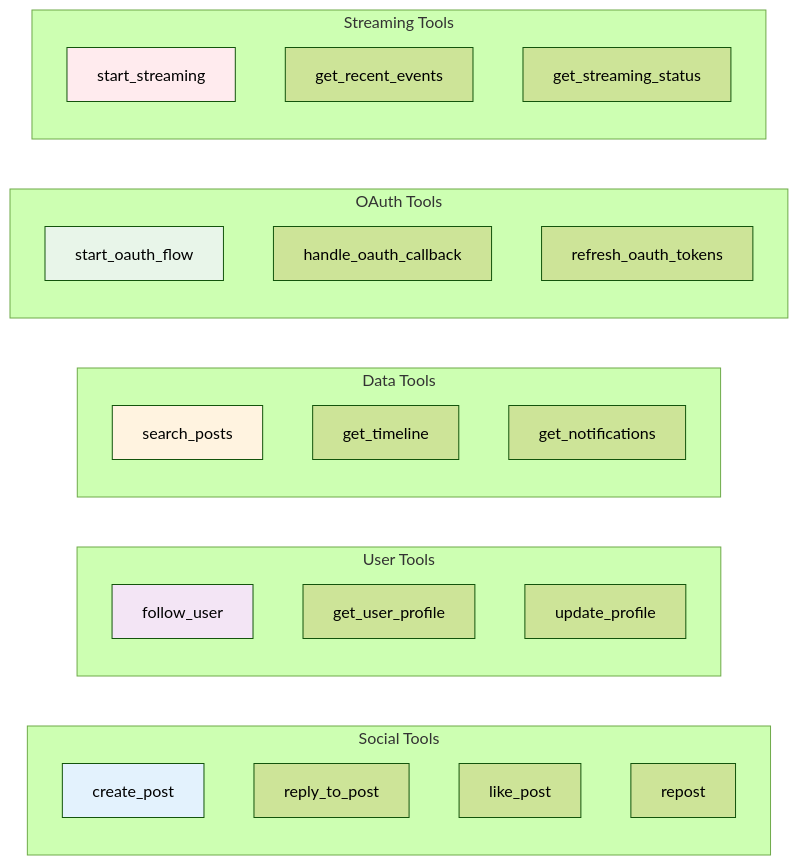
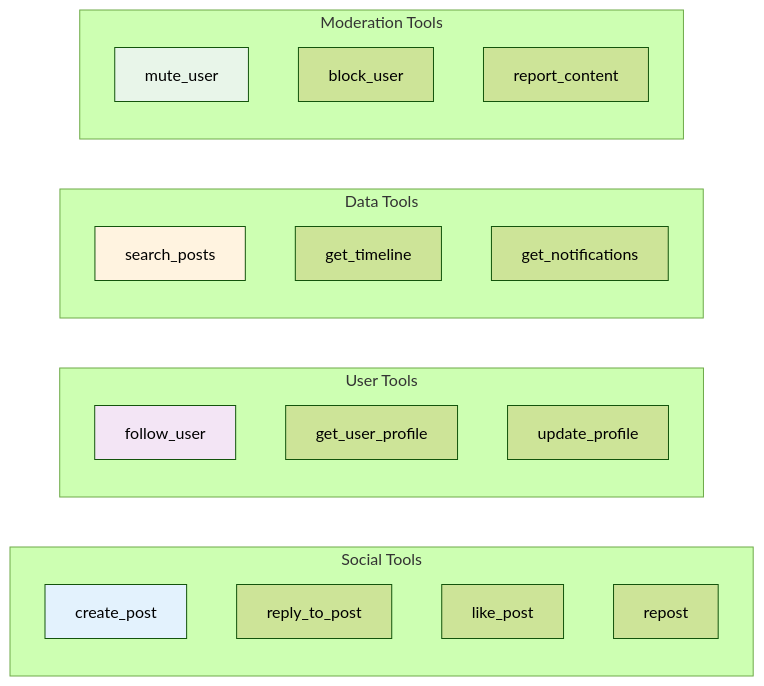
The third of 15 diagrams in docs/diagrams/architecture.md (cameronrye/atproto-mcp), drawn with Mermaid (forest theme) before and after one commit. The commit also changed other lines of this file and 103 other files, not shown here.

````diff
--- a/docs/diagrams/architecture.md
+++ b/docs/diagrams/architecture.md
@@ -264,39 +127,32 @@
 ```mermaid
 graph LR
     subgraph "Social Tools"
         Post[create_post]
         Reply[reply_to_post]
         Like[like_post]
         Repost[repost]
     end
-    
+
     subgraph "User Tools"
         Follow[follow_user]
         Profile[get_user_profile]
         Update[update_profile]
     end
-    
+
     subgraph "Data Tools"
         Search[search_posts]
         Timeline[get_timeline]
         Notifications[get_notifications]
     end
-    
-    subgraph "OAuth Tools"
-        Start[start_oauth_flow]
-        Callback[handle_oauth_callback]
-        Refresh[refresh_oauth_tokens]
+
+    subgraph "Moderation Tools"
+        Mute[mute_user]
+        Block[block_user]
+        Report[report_content]
     end
-    
-    subgraph "Streaming Tools"
-        StartStream[start_streaming]
-        GetEvents[get_recent_events]
-        Status[get_streaming_status]
-    end
-    
+
     style Post fill:#e3f2fd
     style Follow fill:#f3e5f5
     style Search fill:#fff3e0
-    style Start fill:#e8f5e9
-    style StartStream fill:#ffebee
+    style Mute fill:#e8f5e9
 ```
````
